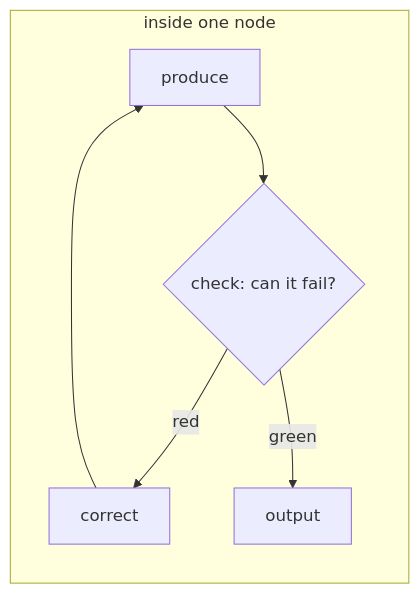
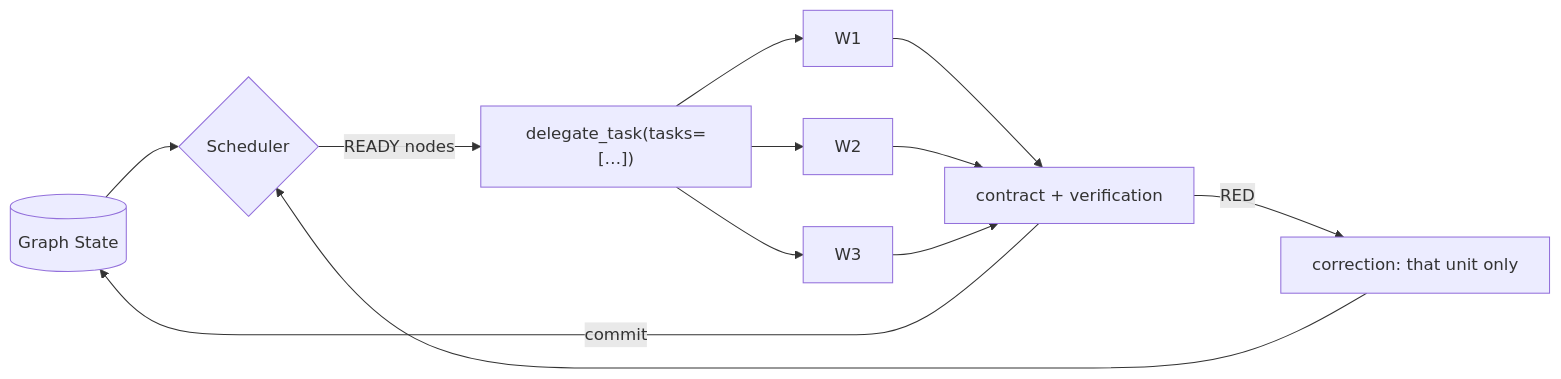
The second of 2 diagrams in README.md (kumanaya/graph-engineer), drawn with Mermaid before and after one commit. The commit also changed other lines of this file and 27 other files, not shown here.

First line of the commit message:
feat(graph-engineer)!: isolate workers, own the graph explicitly

````diff
--- a/README.md
+++ b/README.md
@@ -60,8 +248,14 @@
 ```mermaid
 flowchart LR
-  subgraph Box[inside one node]
-    P[produce] --> C{check: can it fail?}
-    C -->|red| F[correct] --> P
-    C -->|green| Out[output]
-  end
+  G[(Graph State)] --> S{Scheduler}
+  S -->|READY nodes| B["delegate_task(tasks=[…])"]
+  B --> W1[W1]
+  B --> W2[W2]
+  B --> W3[W3]
+  W1 --> C[contract + verification]
+  W2 --> C
+  W3 --> C
+  C -->|commit| G
+  C -->|RED| R[correction: that unit only]
+  R --> S
 ```
````
